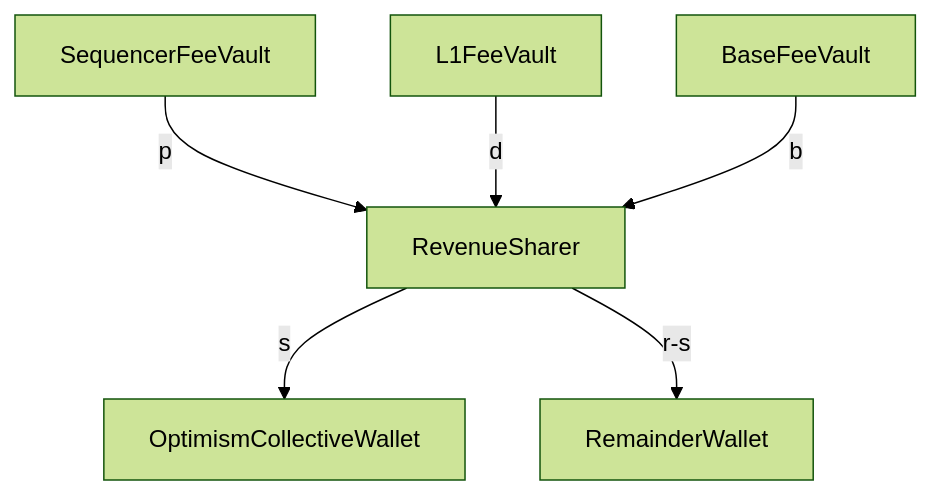
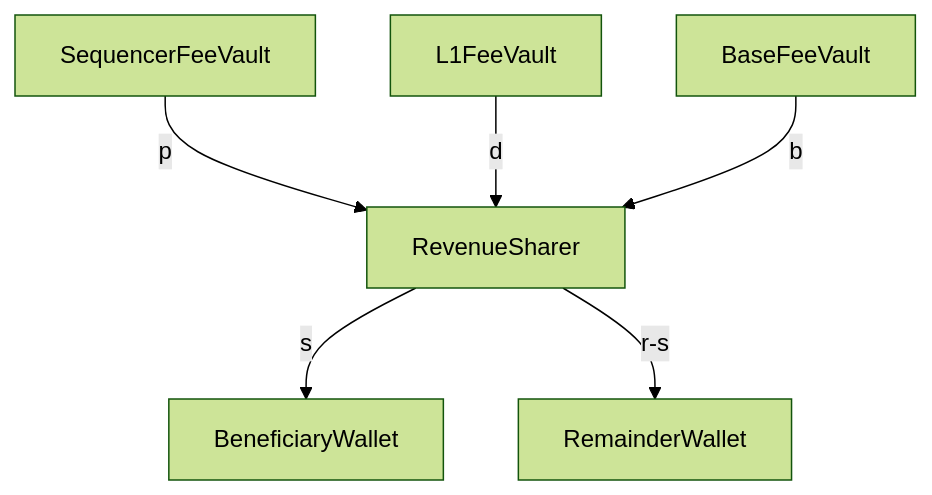
The diagram in specs/protocol/revenue-sharing.md (ethereum-optimism/specs), drawn with Mermaid (forest theme) before and after one commit. The commit also changed other lines of this file, not shown here.

Commit message:
change OptimismCollective to Beneficiary

````diff
--- a/specs/protocol/revenue-sharing.md
+++ b/specs/protocol/revenue-sharing.md
@@ -68,14 +68,14 @@
 ```mermaid
    flowchart TD
    SequencerFeeVault
    BaseFeeVault
    L1FeeVault
-   OptimismCollectiveWallet
+   BeneficiaryWallet
    RemainderWallet
    RevenueSharer
    SequencerFeeVault-->|p|RevenueSharer
    L1FeeVault-->|d|RevenueSharer
    BaseFeeVault-->|b|RevenueSharer
-   RevenueSharer-->|s|OptimismCollectiveWallet
+   RevenueSharer-->|s|BeneficiaryWallet
    RevenueSharer-->|r-s|RemainderWallet
 ```
````
